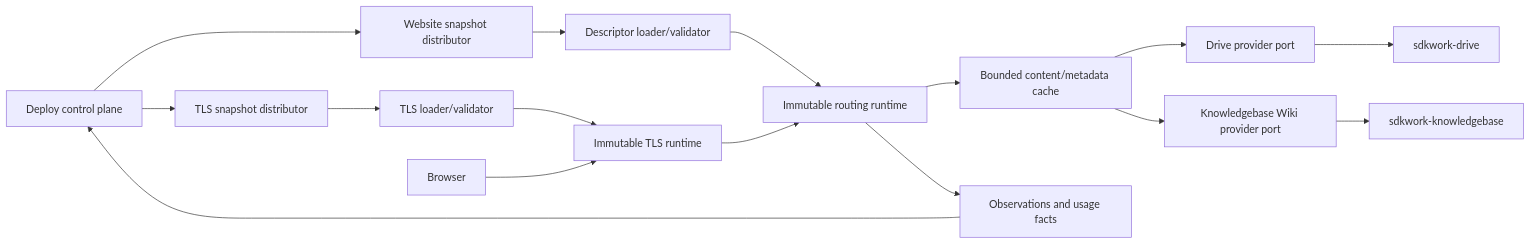
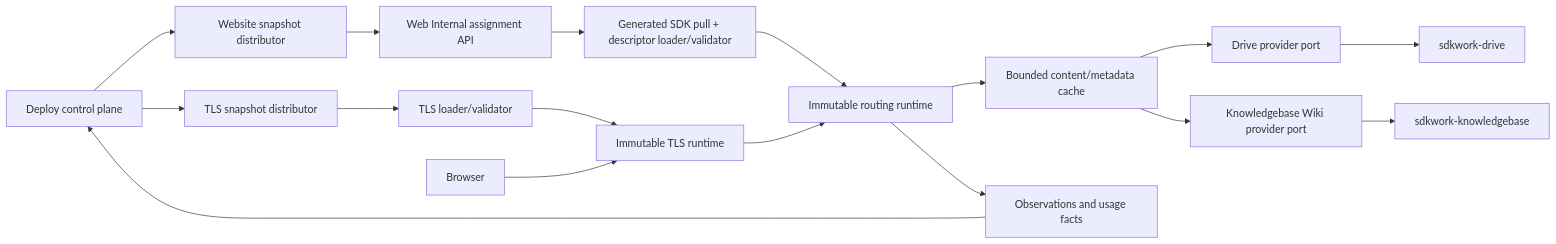
Before and after one commit to Sdkwork-Cloud/sdkwork-web-server: the first of 2 diagrams in docs/architecture/tech/TECH-cloud-site-delivery-data-plane.md, drawn with Mermaid. The commit also changed other lines of this file and 270 other files, not shown here.

````diff
--- a/docs/architecture/tech/TECH-cloud-site-delivery-data-plane.md
+++ b/docs/architecture/tech/TECH-cloud-site-delivery-data-plane.md
@@ -14,17 +14,18 @@
 ```mermaid
 flowchart LR
   Deploy["Deploy control plane"] --> WebsiteDist["Website snapshot distributor"]
   Deploy --> TLSDist["TLS snapshot distributor"]
-  WebsiteDist --> Loader["Descriptor loader/validator"]
+  WebsiteDist --> WebInternal["Web Internal assignment API"]
+  WebInternal --> Loader["Generated SDK pull + descriptor loader/validator"]
   TLSDist --> TLSLoader["TLS loader/validator"]
   Loader --> Runtime["Immutable routing runtime"]
   TLSLoader --> TLSRuntime["Immutable TLS runtime"]
   Browser["Browser"] --> TLSRuntime --> Runtime
   Runtime --> Cache["Bounded content/metadata cache"]
   Cache --> Drive["Drive provider port"]
   Cache --> Wiki["Knowledgebase Wiki provider port"]
   Drive --> DriveService["sdkwork-drive"]
   Wiki --> KBService["sdkwork-knowledgebase"]
   Runtime --> Telemetry["Observations and usage facts"]
   Telemetry --> Deploy
 ```
````
